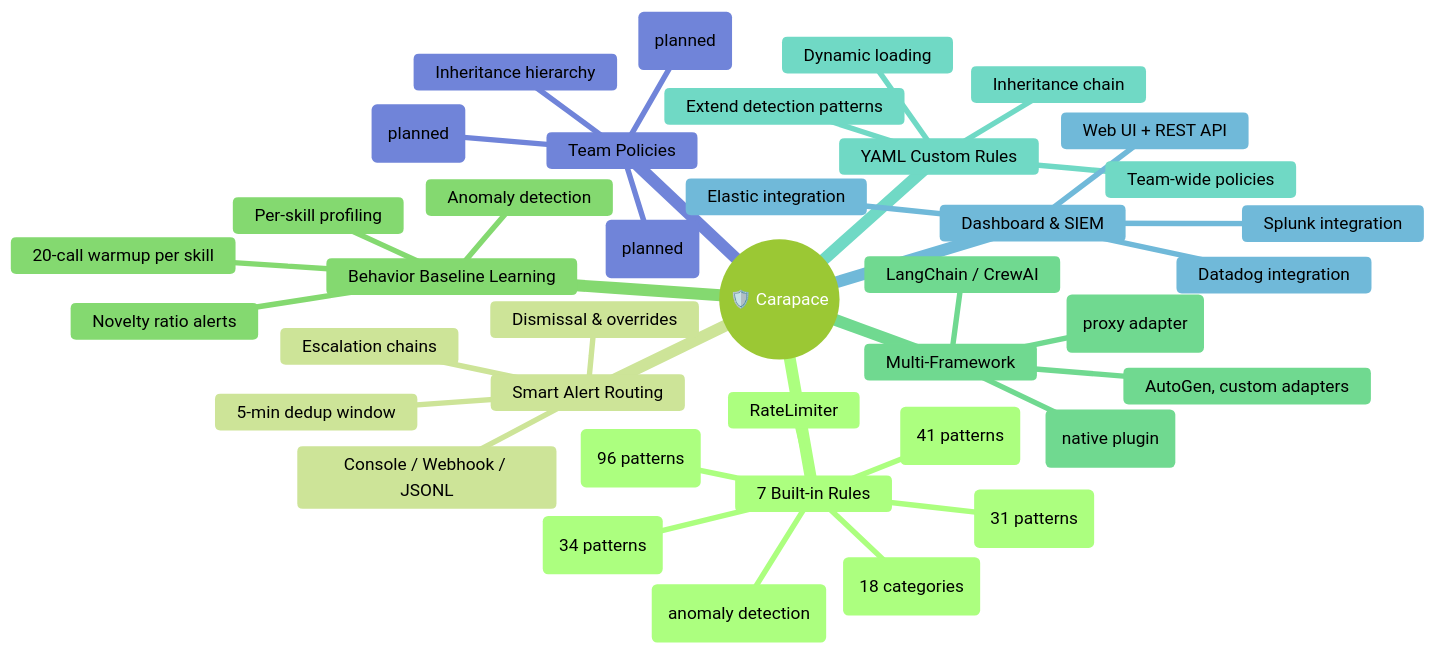
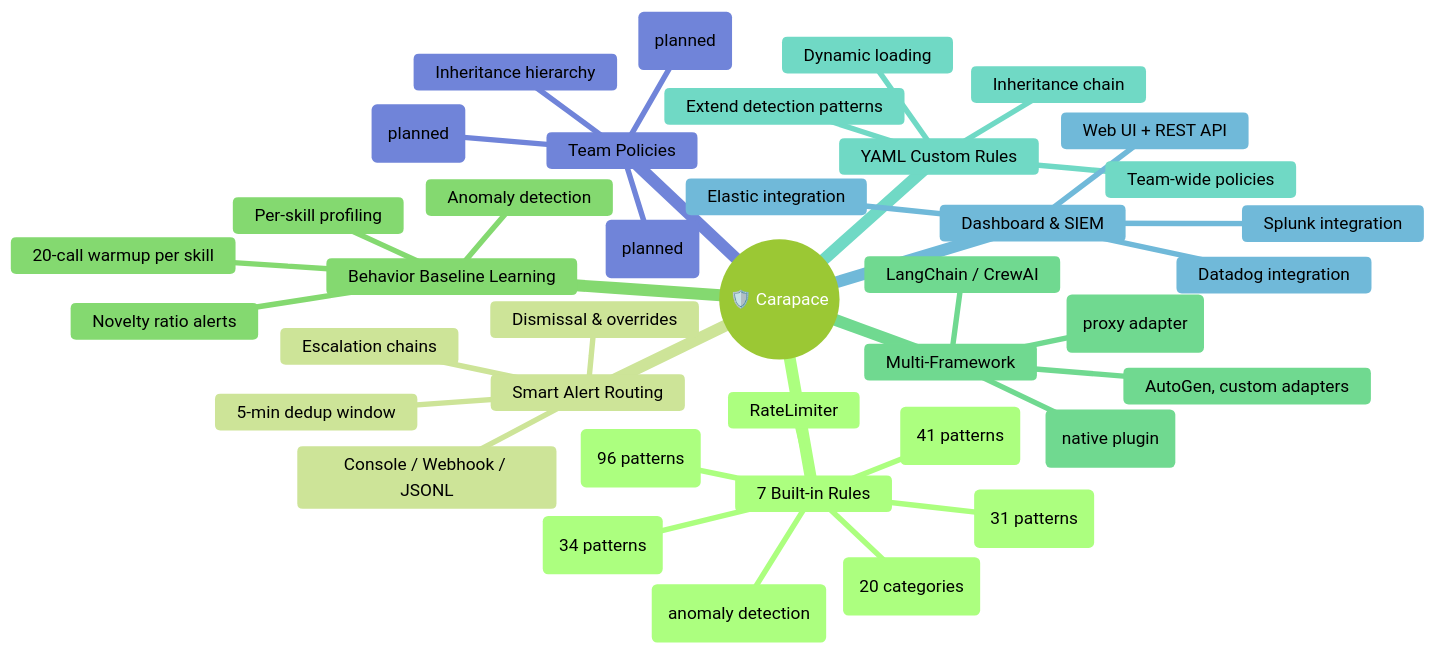
The first of 4 diagrams in README.md (yeasy/carapace), drawn with Mermaid (forest theme) before and after one commit. The commit also changed other lines of this file and 3 other files, not shown here.

````diff
--- a/README.md
+++ b/README.md
@@ -70,42 +70,42 @@
 ```mermaid
 mindmap
   root((🛡️ Carapace))
     7 Built-in Rules
       ExecGuard (96 patterns)
       PathGuard (41 patterns)
-      NetworkGuard (18 categories)
+      NetworkGuard (20 categories)
       RateLimiter
       PromptInjection (31 patterns)
       DataExfil (34 patterns)
       BaselineDrift (anomaly detection)
     Smart Alert Routing
       5-min dedup window
       Escalation chains
       Dismissal & overrides
       Console / Webhook / JSONL
     Behavior Baseline Learning
       20-call warmup per skill
       Per-skill profiling
       Anomaly detection
       Novelty ratio alerts
     Multi-Framework
       OpenClaw (native plugin)
       MCP (proxy adapter)
       LangChain / CrewAI
       AutoGen, custom adapters
     YAML Custom Rules
       Extend detection patterns
       Team-wide policies
       Inheritance chain
       Dynamic loading
     Dashboard & SIEM
       Web UI + REST API
       Splunk integration
       Elastic integration
       Datadog integration
     Team Policies
       Inheritance hierarchy
       Role-based access (planned)
       Policy versioning (planned)
       Audit logging (planned)
 ```
````
